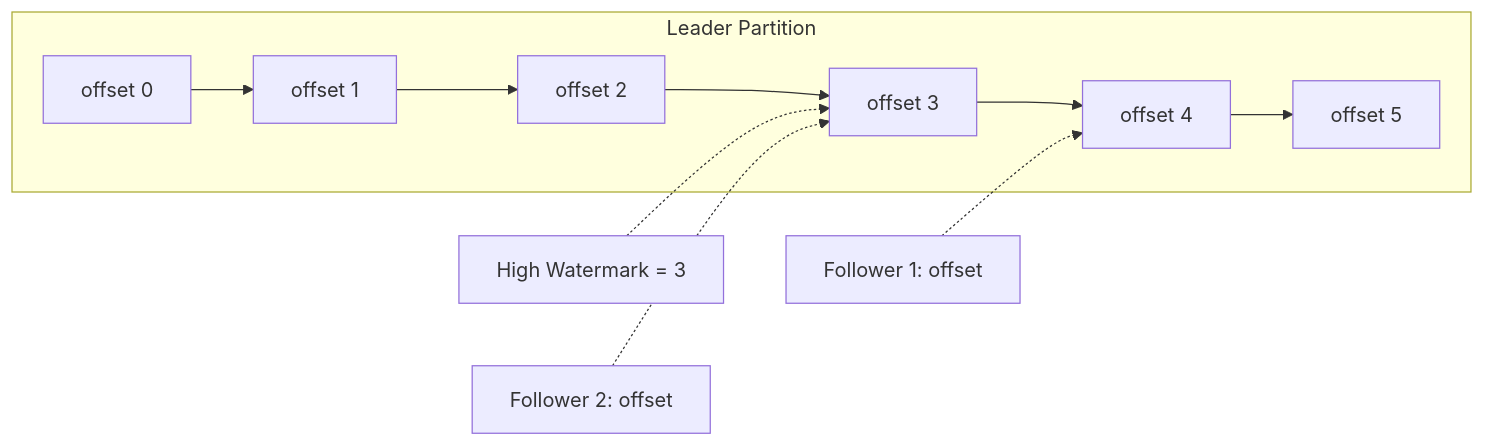
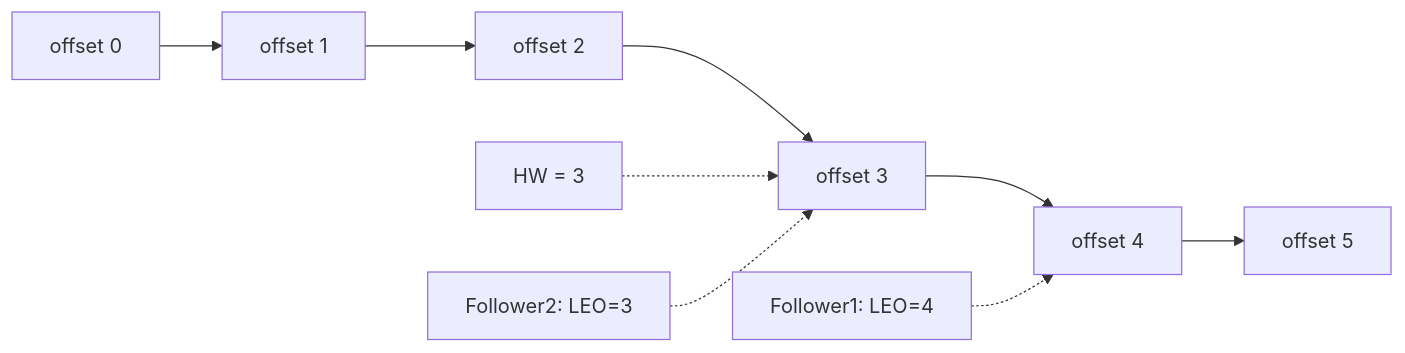
Diagram 13 of 17 in _posts/kafka/2026-05-01-kafka-fundamentals.md (yjkim2015/yjkim2015.github.io), drawn with Mermaid before and after one commit. The commit also changed other lines of this file and 155 other files, not shown here.

First line of the commit message:
Mermaid 전면 수정: subgraph 제거, participant/노드/줄수 축소 (342블록)

````diff
--- a/_posts/kafka/2026-05-01-kafka-fundamentals.md
+++ b/_posts/kafka/2026-05-01-kafka-fundamentals.md
@@ -475,9 +435,7 @@
 ```mermaid
 graph LR
-    subgraph leader["Leader Partition"]
-        O0[offset 0] --> O1[offset 1] --> O2[offset 2] --> O3[offset 3] --> O4[offset 4] --> O5[offset 5]
-    end
-    HW["High Watermark = 3"] -.-> O3
-    F1["Follower 1: offset"] -.-> O4
-    F2["Follower 2: offset"] -.-> O3
+    O0[offset 0] --> O1[offset 1] --> O2[offset 2] --> O3[offset 3] --> O4[offset 4] --> O5[offset 5]
+    HW["HW = 3"] -.-> O3
+    F1["Follower1: LEO=4"] -.-> O4
+    F2["Follower2: LEO=3"] -.-> O3
 ```
````
